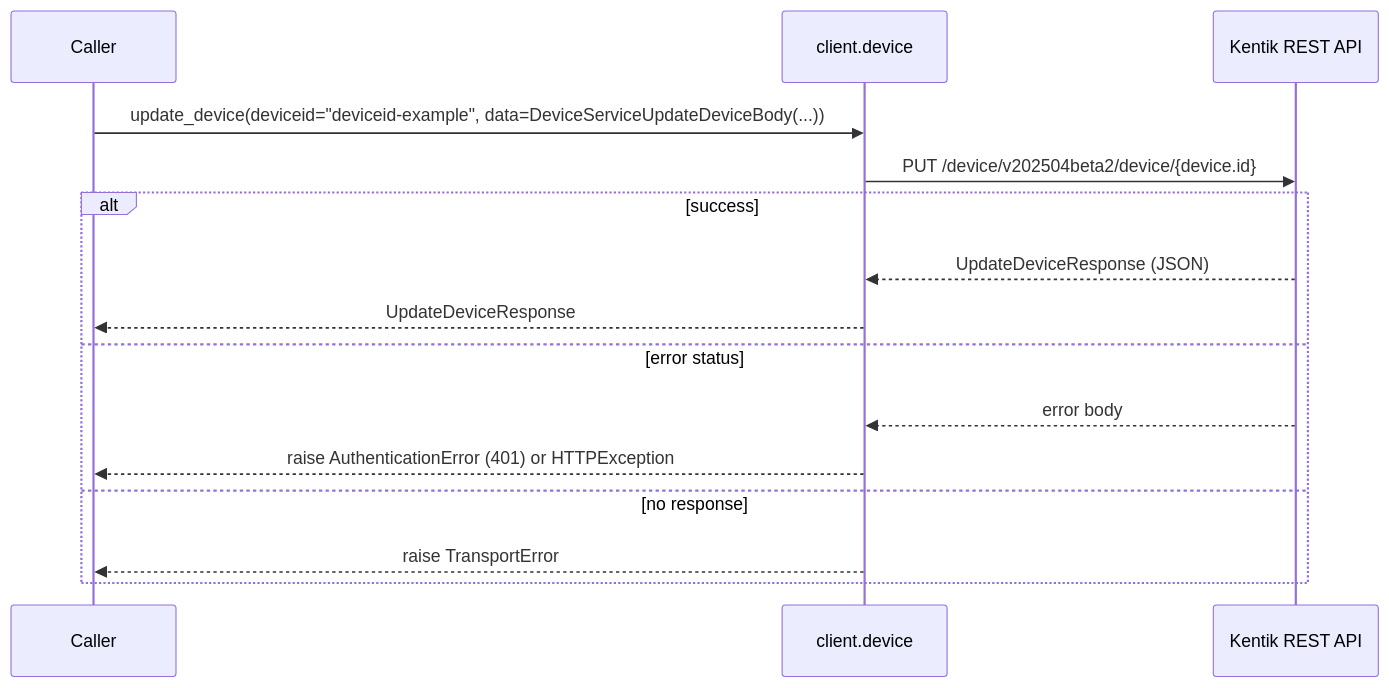
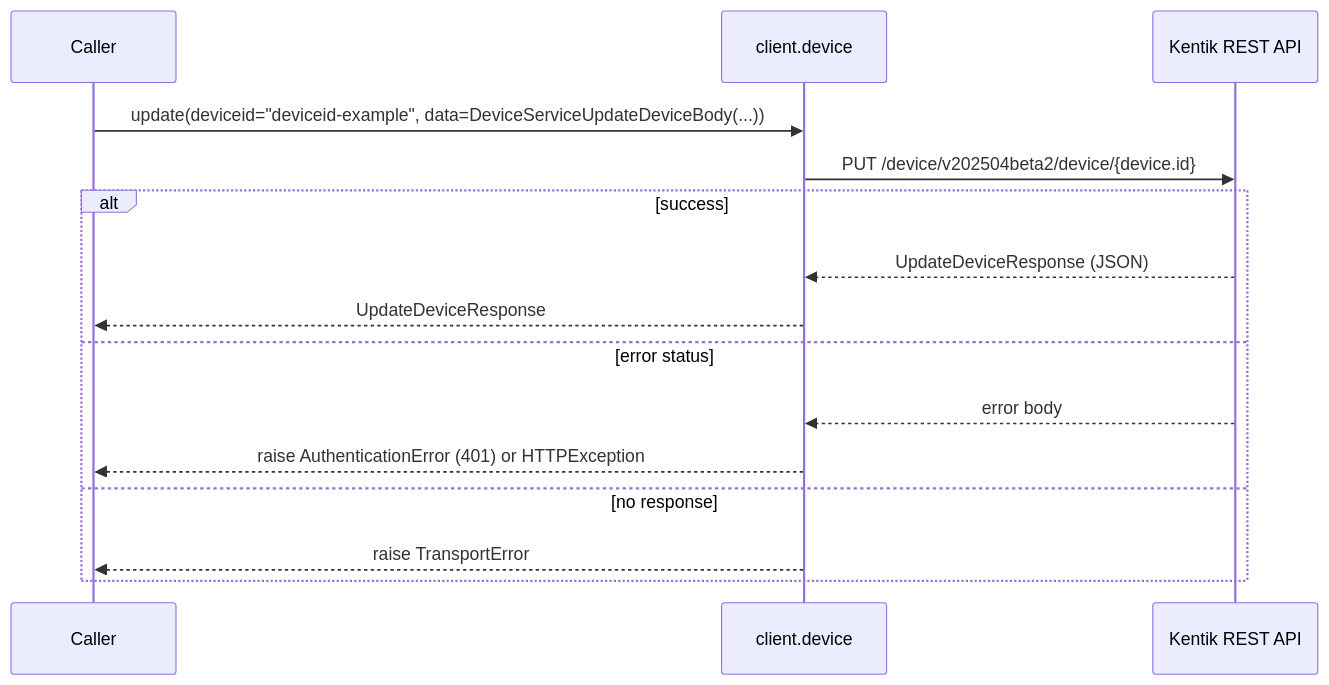
Before and after one commit to alexdearaujo/community_sdk_python: diagram 16 of 22 in docs/sphinx/services/device.md, drawn with Mermaid. The commit also changed other lines of this file and 119 other files, not shown here.

````diff
--- a/docs/sphinx/services/device.md
+++ b/docs/sphinx/services/device.md
@@ -575,18 +575,18 @@
 ```mermaid
 sequenceDiagram
     participant C as Caller
     participant W as client.device
     participant API as Kentik REST API
 
-    C->>W: update_device(deviceid="deviceid-example", data=DeviceServiceUpdateDeviceBody(...))
+    C->>W: update(deviceid="deviceid-example", data=DeviceServiceUpdateDeviceBody(...))
     W->>API: PUT /device/v202504beta2/device/{device.id}
     alt success
         API-->>W: UpdateDeviceResponse (JSON)
         W-->>C: UpdateDeviceResponse
     else error status
         API-->>W: error body
         W-->>C: raise AuthenticationError (401) or HTTPException
     else no response
         W-->>C: raise TransportError
     end
 ```
````
